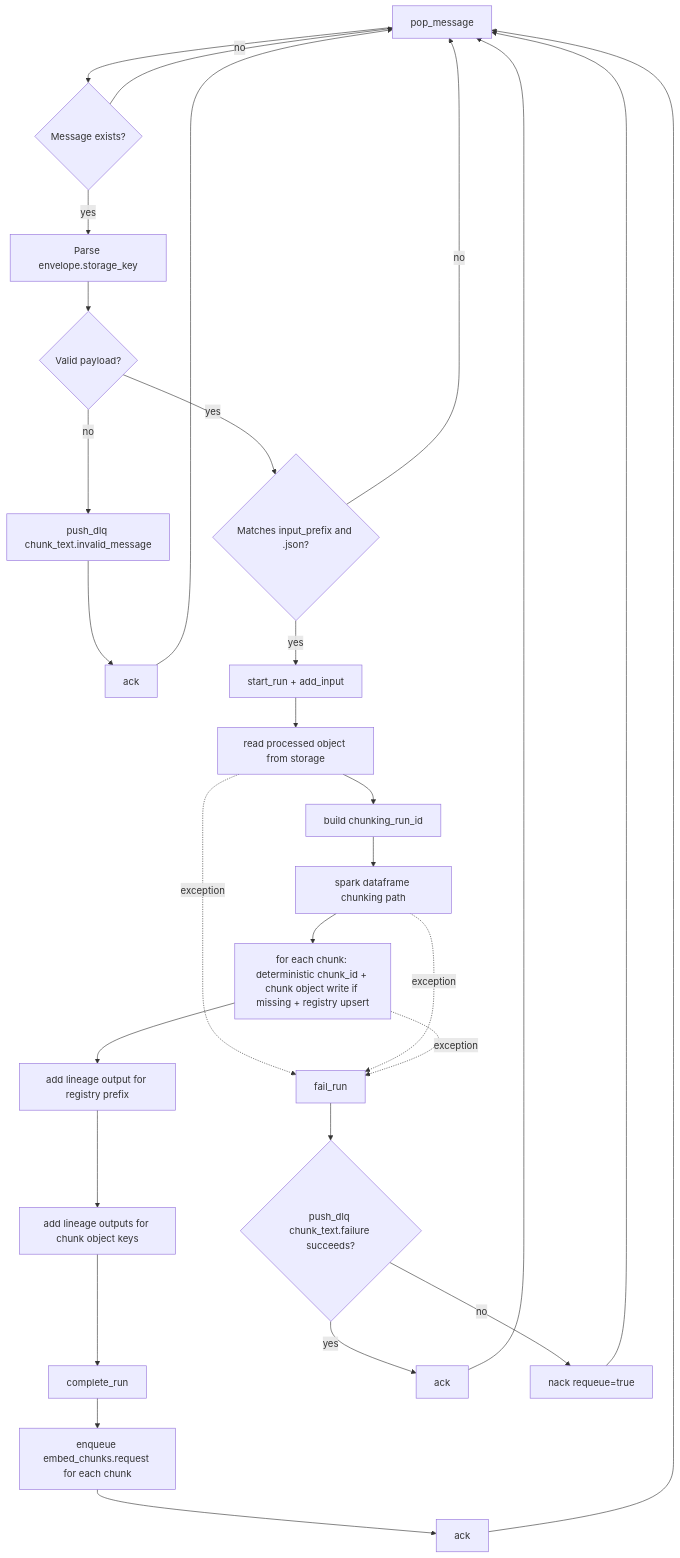
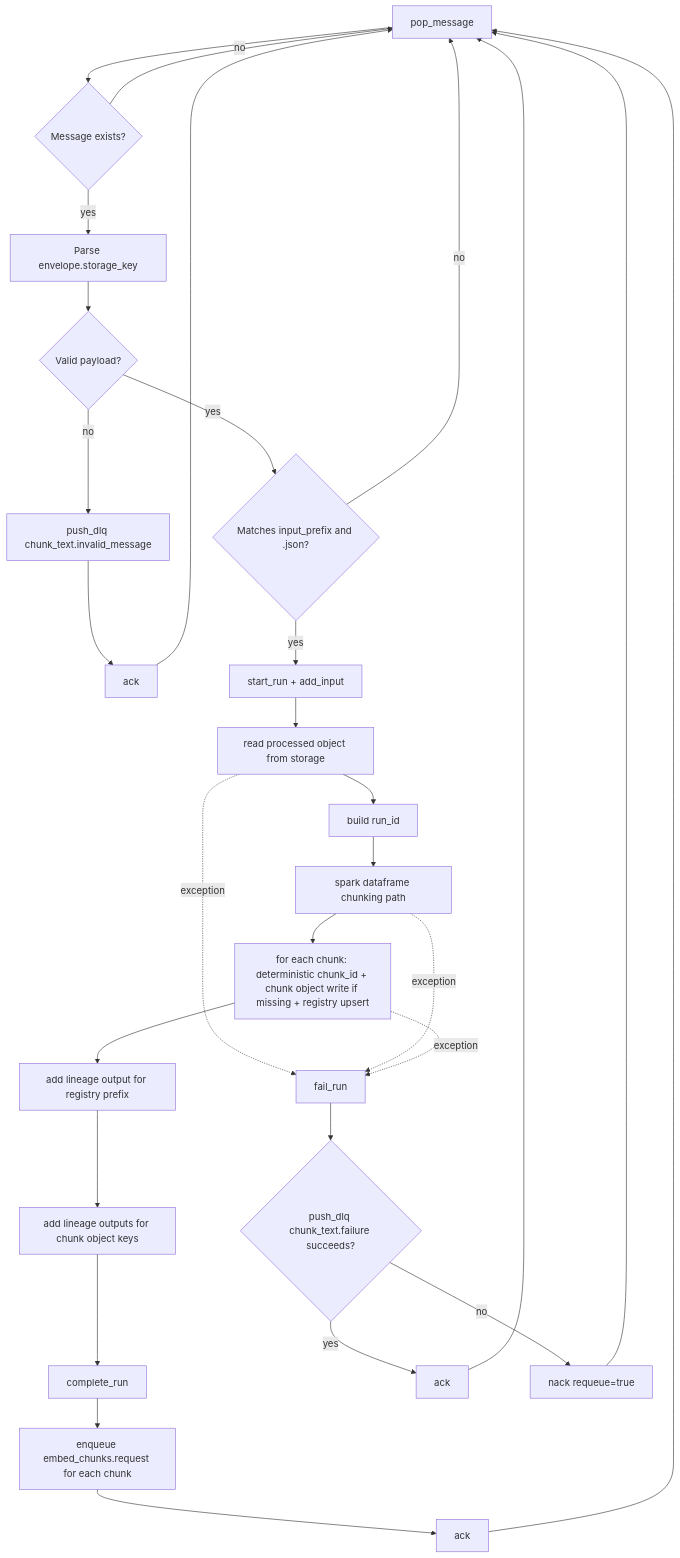
One commit to ElwesHonorato/governed-rag-foundation changed the first of 3 diagrams in domains/worker_chunk_text/docs/SIREN_WORKFLOW.md. Above: the diagram before and after it, drawn with Mermaid. The commit also changed other lines of this file and 10 other files, not shown here.

````diff
--- a/domains/worker_chunk_text/docs/SIREN_WORKFLOW.md
+++ b/domains/worker_chunk_text/docs/SIREN_WORKFLOW.md
@@ -9,36 +9,36 @@
 ```mermaid
 flowchart TD
     A[pop_message] --> B{Message exists?}
     B -- no --> A
     B -- yes --> C[Parse envelope.storage_key]
 
     C --> D{Valid payload?}
     D -- no --> D1[push_dlq chunk_text.invalid_message]
     D1 --> D2[ack]
     D2 --> A
 
     D -- yes --> E{Matches input_prefix and .json?}
     E -- no --> A
     E -- yes --> F[start_run + add_input]
 
     F --> G[read processed object from storage]
-    G --> H[build chunking_run_id]
+    G --> H[build run_id]
     H --> K[spark dataframe chunking path]
     K --> L[for each chunk: deterministic chunk_id + chunk object write if missing + registry upsert]
 
     L --> M[add lineage output for registry prefix]
     M --> N[add lineage outputs for chunk object keys]
     N --> O[complete_run]
     O --> P[enqueue embed_chunks.request for each chunk]
     P --> Q[ack]
     Q --> A
 
     G -. exception .-> X[fail_run]
     K -. exception .-> X
     L -. exception .-> X
     X --> Y{push_dlq chunk_text.failure succeeds?}
     Y -- yes --> Z[ack]
     Y -- no --> Z2[nack requeue=true]
     Z --> A
     Z2 --> A
 ```
````
